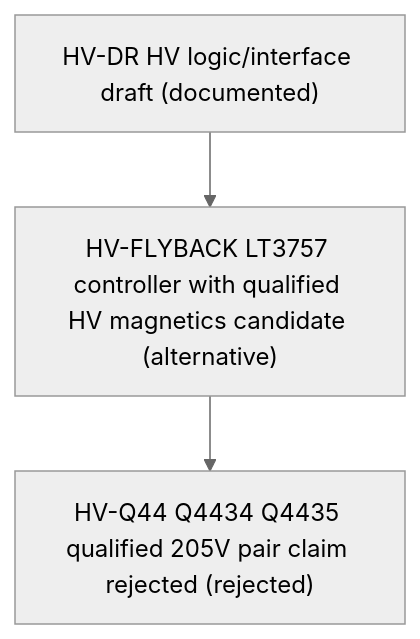
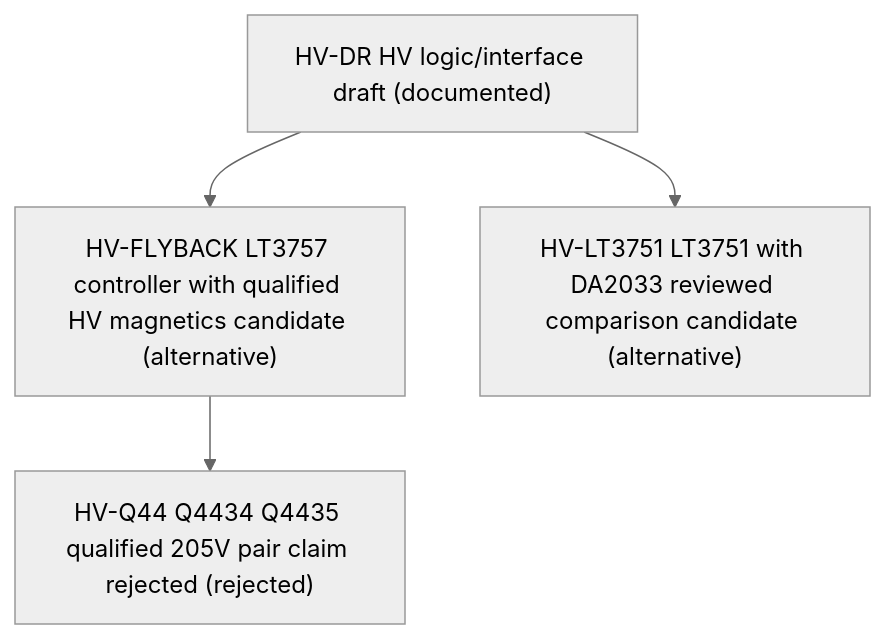
The ninth of 12 diagrams in docs/tech-tree.md (mitsu32m/PROJECT-NIXIDORO), drawn with Mermaid (neutral theme) before and after one commit. The commit also changed other lines of this file and 5 other files, not shown here.

````diff
--- a/docs/tech-tree.md
+++ b/docs/tech-tree.md
@@ -196,8 +196,10 @@
 ```mermaid
 flowchart TB
   N_HV_DR["HV-DR HV logic/interface draft (documented)"]
   N_HV_FLYBACK["HV-FLYBACK LT3757 controller with qualified HV magnetics candidate (alternative)"]
+  N_HV_LT3751["HV-LT3751 LT3751 with DA2033 reviewed comparison candidate (alternative)"]
   N_HV_Q44["HV-Q44 Q4434 Q4435 qualified 205V pair claim rejected (rejected)"]
+  N_HV_DR --> N_HV_LT3751
   N_HV_DR --> N_HV_FLYBACK
   N_HV_FLYBACK --> N_HV_Q44
 ```
````
